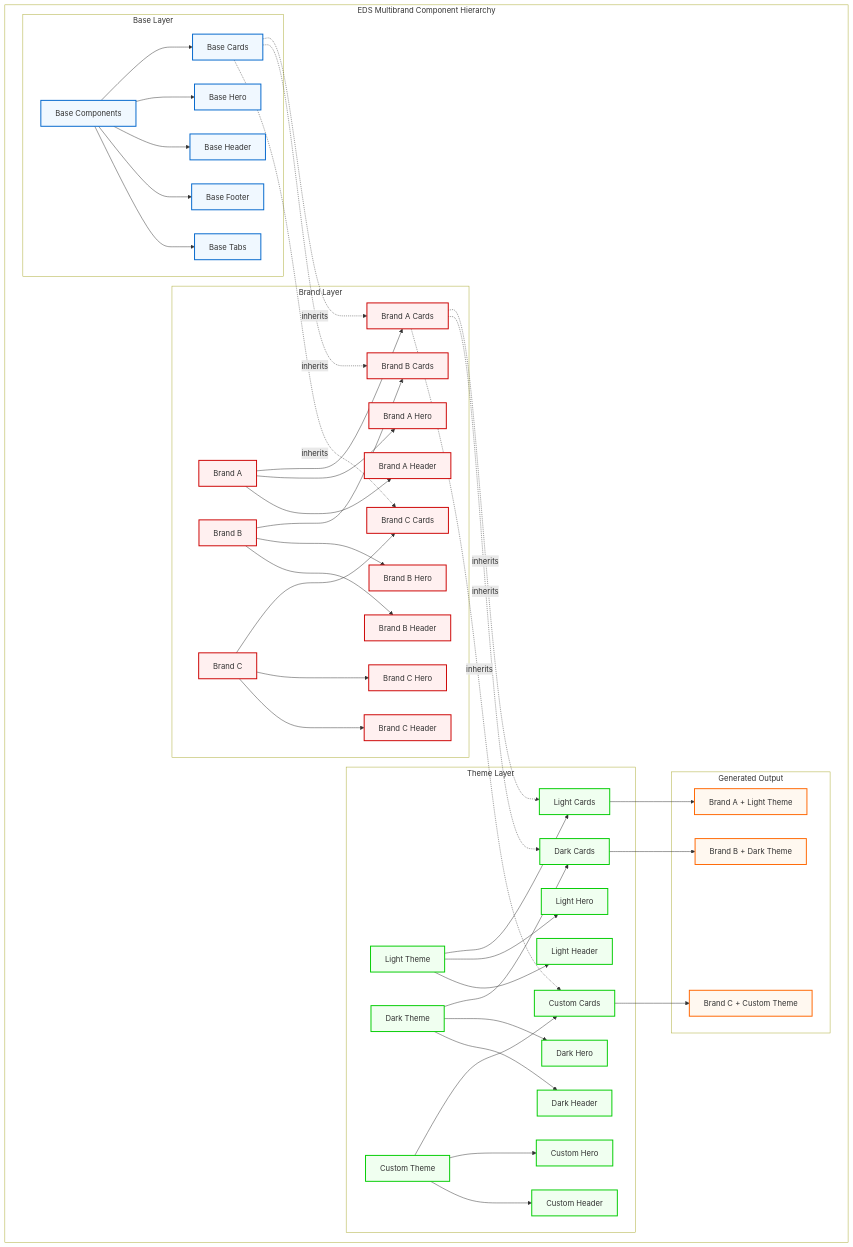
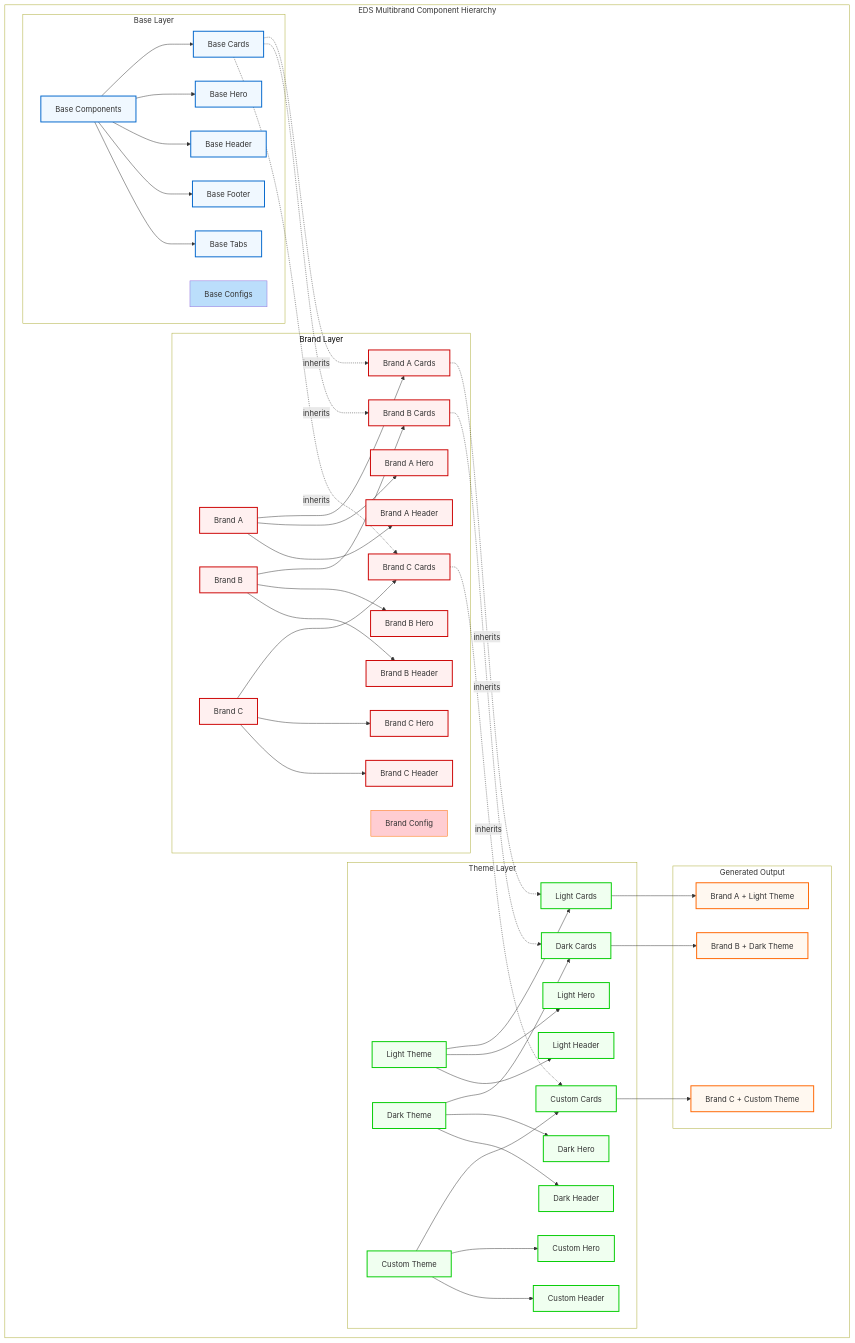
Before and after one commit to tarunpandi/multi-brand: the diagram in papers/mermaid-images/component-hierarchy.mmd, drawn with Mermaid. The commit also changed 45 other files, not shown here.

```diff
--- a/papers/mermaid-images/component-hierarchy.mmd
+++ b/papers/mermaid-images/component-hierarchy.mmd
@@ -1,103 +1,109 @@
 flowchart TB
  subgraph subGraph0["Base Layer"]
         Base["Base Components"]
         BaseCards["Base Cards"]
         BaseHero["Base Hero"]
         BaseHeader["Base Header"]
         BaseFooter["Base Footer"]
         BaseTabs["Base Tabs"]
+        BaseConfig["Base Configs"]
   end
  subgraph subGraph1["Brand Layer"]
         BrandA["Brand A"]
         BrandB["Brand B"]
         BrandC["Brand C"]
         BrandACards["Brand A Cards"]
         BrandAHero["Brand A Hero"]
         BrandAHeader["Brand A Header"]
         BrandBCards["Brand B Cards"]
         BrandBHero["Brand B Hero"]
         BrandBHeader["Brand B Header"]
         BrandCCards["Brand C Cards"]
         BrandCHero["Brand C Hero"]
         BrandCHeader["Brand C Header"]
+        BrandConfig["Brand Config"]
   end
  subgraph subGraph2["Theme Layer"]
         Light["Light Theme"]
         Dark["Dark Theme"]
         Custom["Custom Theme"]
         LightCards["Light Cards"]
         LightHero["Light Hero"]
         LightHeader["Light Header"]
         DarkCards["Dark Cards"]
         DarkHero["Dark Hero"]
         DarkHeader["Dark Header"]
         CustomCards["Custom Cards"]
         CustomHero["Custom Hero"]
         CustomHeader["Custom Header"]
   end
  subgraph subGraph3["Generated Output"]
         FinalA["Brand A + Light Theme"]
         FinalB["Brand B + Dark Theme"]
         FinalC["Brand C + Custom Theme"]
   end
  subgraph subGraph4["EDS Multibrand Component Hierarchy"]
         subGraph0
         subGraph1
         subGraph2
         subGraph3
   end
     Base --> BaseCards & BaseHero & BaseHeader & BaseFooter & BaseTabs
     BrandA --> BrandACards & BrandAHero & BrandAHeader
     BrandB --> BrandBCards & BrandBHero & BrandBHeader
     BrandC --> BrandCCards & BrandCHero & BrandCHeader
     Light --> LightCards & LightHero & LightHeader
     Dark --> DarkCards & DarkHero & DarkHeader
     Custom --> CustomCards & CustomHero & CustomHeader
     BaseCards -. inherits .-> BrandACards & BrandBCards & BrandCCards
-    BrandACards -. inherits .-> LightCards & DarkCards & CustomCards
+    BrandACards -. inherits .-> LightCards
+    BrandBCards -. inherits .-> DarkCards
+    BrandCCards -. inherits .-> CustomCards
     LightCards --> FinalA
     DarkCards --> FinalB
     CustomCards --> FinalC
 
      Base:::baseClass
      BaseCards:::baseClass
      BaseHero:::baseClass
      BaseHeader:::baseClass
      BaseFooter:::baseClass
      BaseTabs:::baseClass
      BrandA:::brandClass
      BrandB:::brandClass
      BrandC:::brandClass
      BrandACards:::brandClass
      BrandAHero:::brandClass
      BrandAHeader:::brandClass
      BrandBCards:::brandClass
      BrandBHero:::brandClass
      BrandBHeader:::brandClass
      BrandCCards:::brandClass
      BrandCHero:::brandClass
      BrandCHeader:::brandClass
      Light:::themeClass
      Dark:::themeClass
      Custom:::themeClass
      LightCards:::themeClass
      LightHero:::themeClass
      LightHeader:::themeClass
      DarkCards:::themeClass
      DarkHero:::themeClass
      DarkHeader:::themeClass
      CustomCards:::themeClass
      CustomHero:::themeClass
      CustomHeader:::themeClass
      FinalA:::finalClass
      FinalB:::finalClass
      FinalC:::finalClass
     classDef baseClass fill:#f0f8ff,stroke:#0066cc,stroke-width:2px
     classDef brandClass fill:#fff0f0,stroke:#cc0000,stroke-width:2px
     classDef themeClass fill:#f0fff0,stroke:#00cc00,stroke-width:2px
     classDef finalClass fill:#fff8f0,stroke:#ff6600,stroke-width:2px
+    style BaseConfig fill:#BBDEFB
+    style BrandConfig fill:#FFCDD2,stroke:#FF6D00
     style subGraph0 fill:#FFFFFF
-    style subGraph1 fill:#FFFFFF
+    style subGraph1 fill:#FFFFFF,color:#000000
     style subGraph2 fill:#FFFFFF
     style subGraph3 fill:#FFFFFF
     style subGraph4 fill:transparent
```
